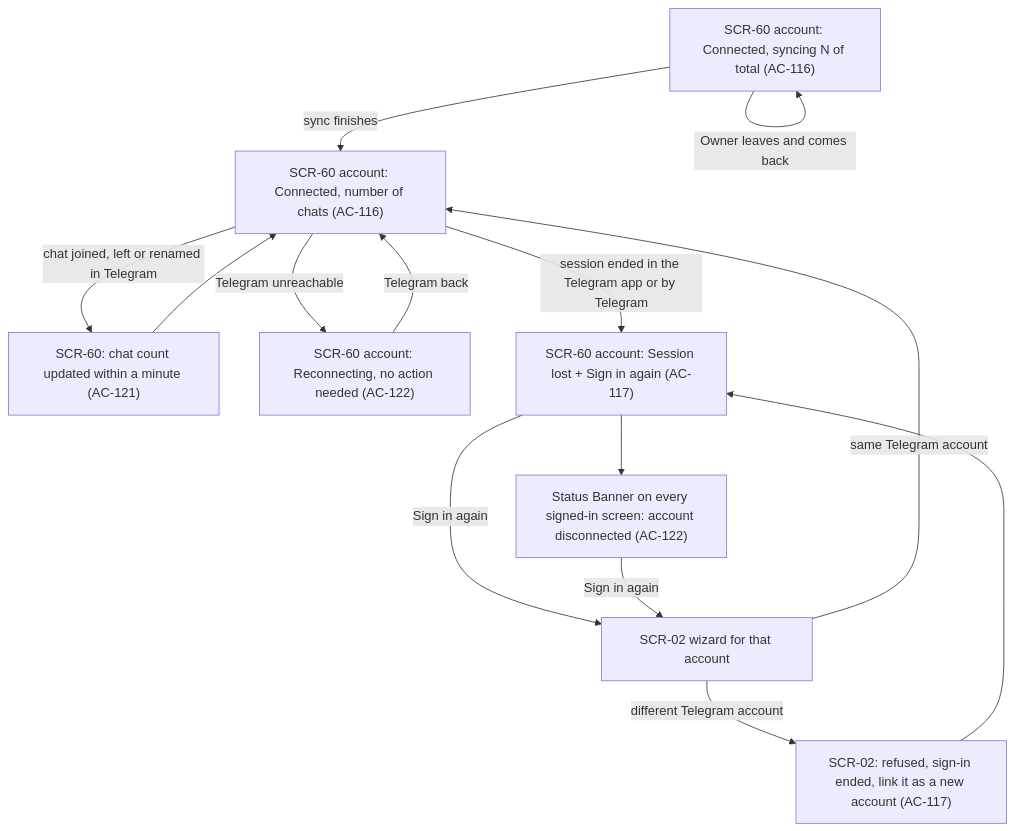
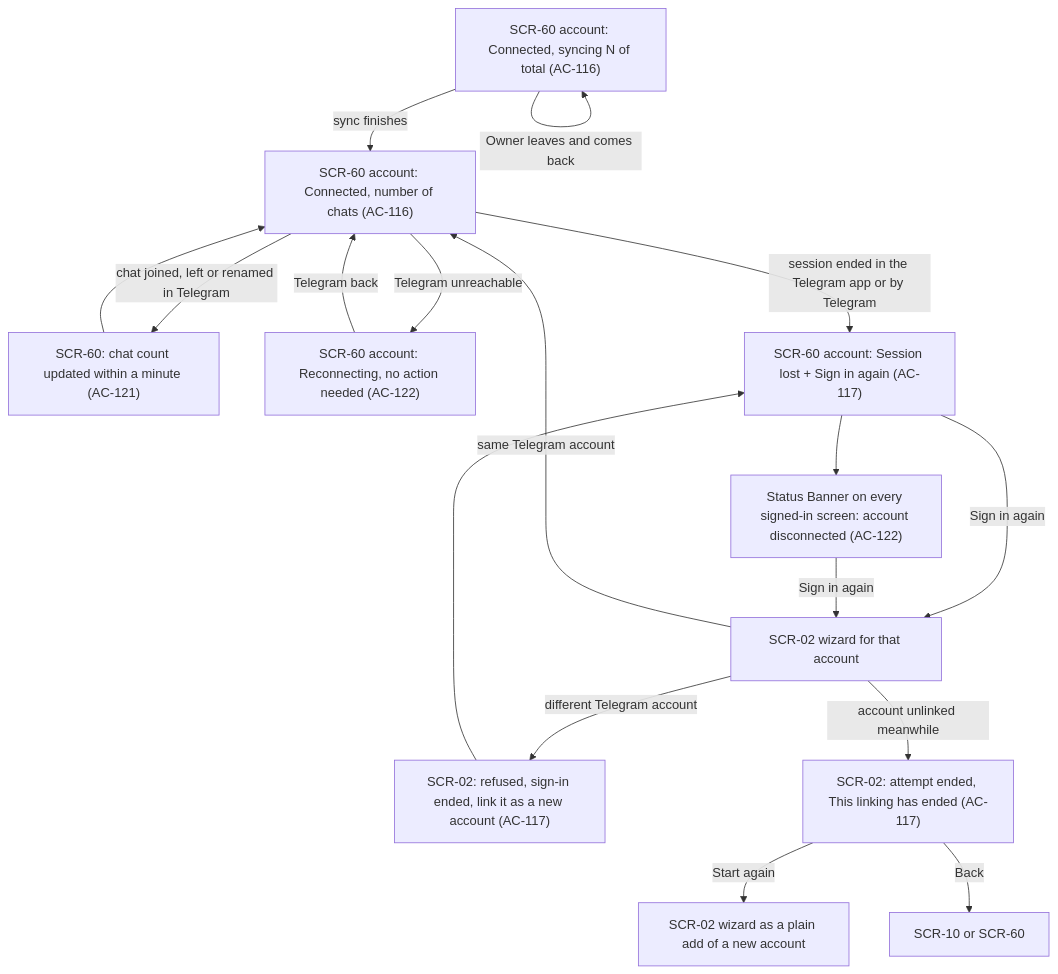
The fourth of 6 diagrams in docs/features/telegram-link/ux-flows.md (drnetua/telex), drawn with Mermaid before and after one commit. The commit also changed other lines of this file and 305 other files, not shown here.

````diff
--- a/docs/features/telegram-link/ux-flows.md
+++ b/docs/features/telegram-link/ux-flows.md
@@ -118,16 +126,19 @@
 ```mermaid
 flowchart TD
     ACC["SCR-60 account: Connected, syncing N of total (AC-116)"] -->|sync finishes| DONE["SCR-60 account: Connected, number of chats (AC-116)"]
     ACC -->|Owner leaves and comes back| ACC
     DONE -->|chat joined, left or renamed in Telegram| UPD["SCR-60: chat count updated within a minute (AC-121)"]
     UPD --> DONE
     DONE -->|Telegram unreachable| REC["SCR-60 account: Reconnecting, no action needed (AC-122)"]
     REC -->|Telegram back| DONE
     DONE -->|session ended in the Telegram app or by Telegram| LOST["SCR-60 account: Session lost + Sign in again (AC-117)"]
     LOST --> BAN["Status Banner on every signed-in screen: account disconnected (AC-122)"]
     LOST -->|Sign in again| WIZ["SCR-02 wizard for that account"]
     BAN -->|Sign in again| WIZ
     WIZ -->|same Telegram account| DONE
     WIZ -->|different Telegram account| REF["SCR-02: refused, sign-in ended, link it as a new account (AC-117)"]
     REF --> LOST
+    WIZ -->|account unlinked meanwhile| GONE["SCR-02: attempt ended, This linking has ended (AC-117)"]
+    GONE -->|Start again| PLAIN["SCR-02 wizard as a plain add of a new account"]
+    GONE -->|Back| IN["SCR-10 or SCR-60"]
 ```
````
